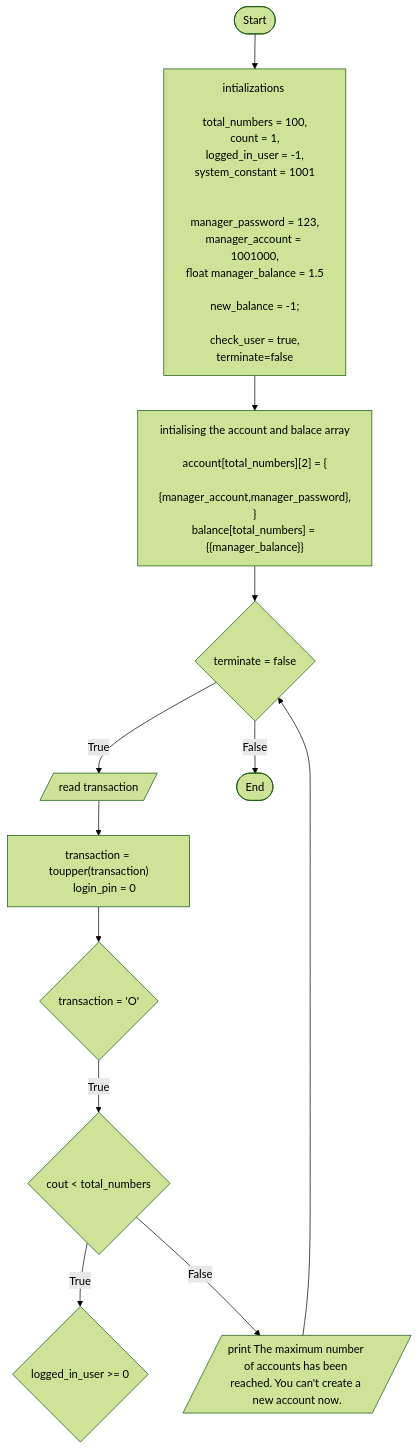
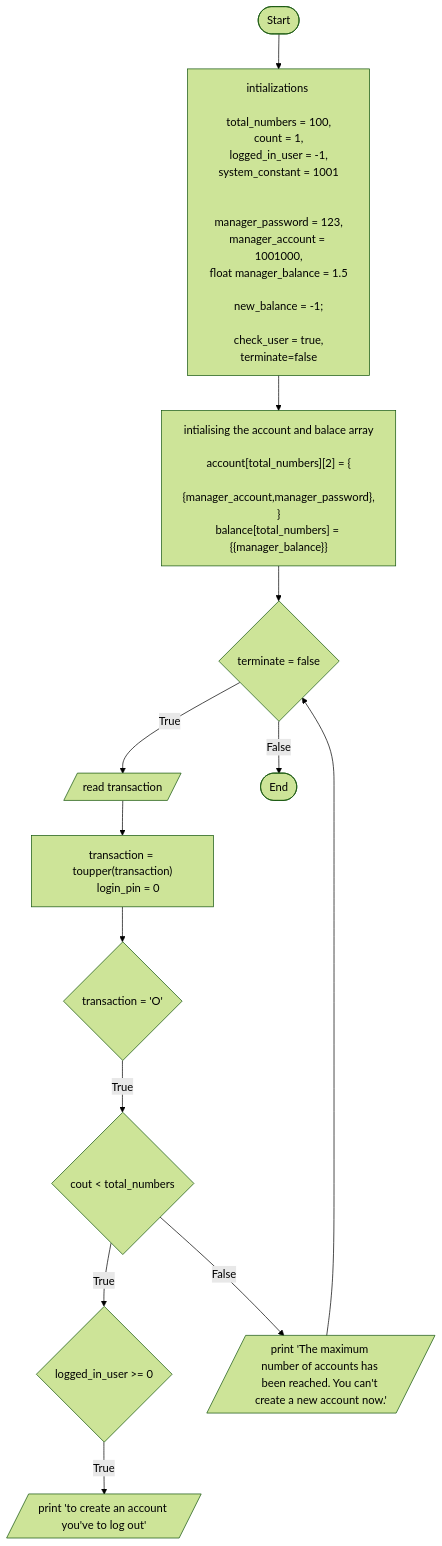
The diagram in FoP I/flowchart.md (Ludis-ET/Bank-Account), drawn with Mermaid (forest theme) before and after one commit.

````diff
--- a/FoP I/flowchart.md
+++ b/FoP I/flowchart.md
@@ -1,60 +1,62 @@
 ```mermaid
     flowchart TD;
     A([Start])-->B["
     intializations 
 
     total_numbers = 100,
     count = 1,
     logged_in_user = -1,
     system_constant = 1001
 
 
     manager_password = 123,
     manager_account = 1001000,
     float manager_balance = 1.5
     
     new_balance = -1;
 
     check_user = true,
     terminate=false
     
     "];
 
 
     B-->C["
     
     intialising the account and balace array
 
     account[total_numbers][2] = {
         {manager_account,manager_password},
     }
     balance[total_numbers] = {{manager_balance}}
 
     "];
 
 
     C-->D{terminate = false}
 
     D -->|True| E[/read transaction/]
 
     D -->|False| E1([End]);
 
     E -->F["
         transaction = toupper(transaction)
         login_pin = 0
     "]
 
     F --> G{transaction = 'O'}
 
     G --> |True| H{cout < total_numbers}
 
     H --> |True| I{logged_in_user >= 0}
 
-    H --> |False| I1[/ print The maximum number of accounts has been reached. You can't create a new account now. /]
+    I --> |True| J[/print 'to create an account you've to log out'/]
+
+    H --> |False| I1[/ print 'The maximum number of accounts has been reached. You can't create a new account now.' /]
 
     I1 --> D
 
 
 
     
 ```
````
